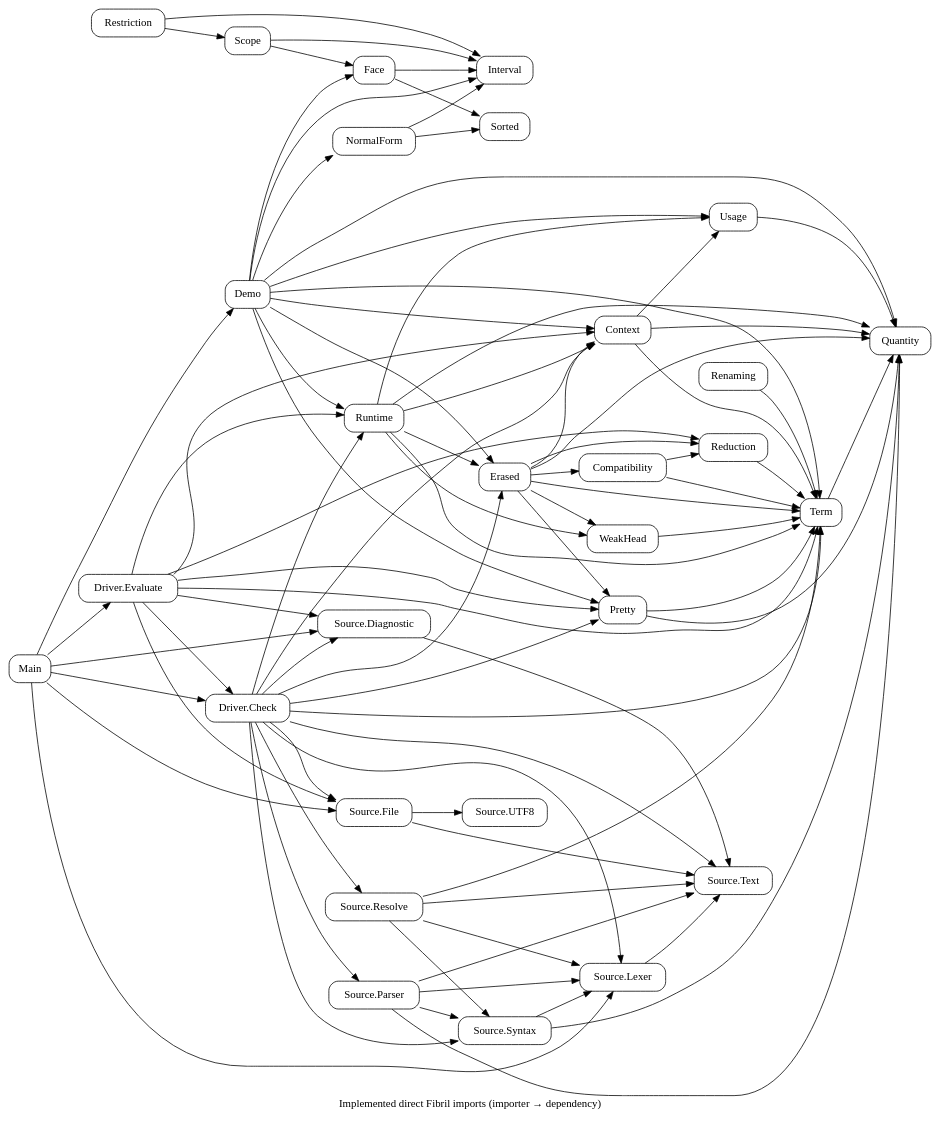
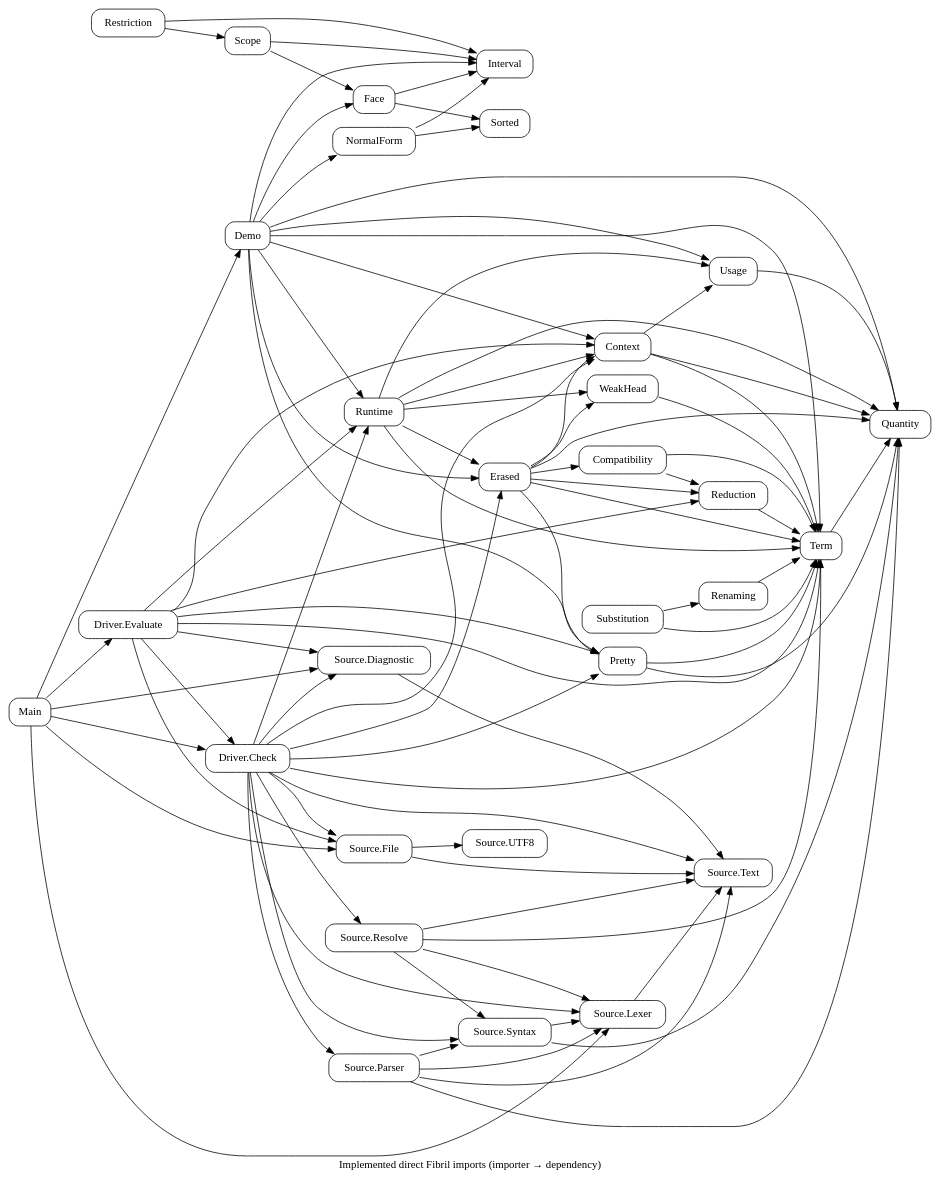
The diagram in docs/diagrams/modules.dot (odunboye/fibril), drawn with Graphviz before and after one commit. The commit also changed 16 other files, not shown here.

Commit message:
Prove basic substitution congruence identity and renaming correspondence

```diff
--- a/docs/diagrams/modules.dot
+++ b/docs/diagrams/modules.dot
@@ -1,26 +1,27 @@
 digraph Modules {
 rankdir=LR; node [shape=box,style=rounded];
 "Source.File" -> {"Source.UTF8" "Source.Text"};
 Main -> {"Source.File" "Source.Lexer" "Source.Diagnostic"};
 "Source.Diagnostic" -> "Source.Text";
 "Source.Lexer" -> "Source.Text";
 "Source.Syntax" -> {Quantity "Source.Lexer"};
 "Source.Parser" -> {Quantity "Source.Text" "Source.Lexer" "Source.Syntax"};
 "Source.Resolve" -> {Term "Source.Text" "Source.Lexer" "Source.Syntax"};
 "Driver.Check" -> {"Source.Text" "Source.Lexer" "Source.Syntax" "Source.Parser" "Source.Resolve" "Source.File" "Source.Diagnostic" Term Context Pretty Erased Runtime};
 Main -> {"Driver.Check" "Driver.Evaluate"};
 "Driver.Evaluate" -> {Context Term Pretty Reduction Runtime "Source.File" "Source.Diagnostic" "Driver.Check"};
 Quantity; Interval; NormalForm; Face; Scope; Restriction; Term;
 NormalForm -> {Interval Sorted}; Face -> {Interval Sorted};
 Scope -> {Interval Face}; Restriction -> {Interval Scope};
 Demo -> {Quantity Term Context Usage Pretty Erased Runtime Interval NormalForm Face};
 Main -> Demo;
 Pretty -> {Quantity Term};
 Term -> Quantity; Usage -> Quantity; Context -> {Quantity Term Usage};
 Reduction -> Term; WeakHead -> Term;
 Compatibility -> {Term Reduction};
 Renaming -> Term;
+Substitution -> {Term Renaming};
 Erased -> {Quantity Term Pretty Context Compatibility WeakHead Reduction};
 Runtime -> {Quantity Term Context Usage WeakHead Erased};
 label="Implemented direct Fibril imports (importer → dependency)";
 }
```
